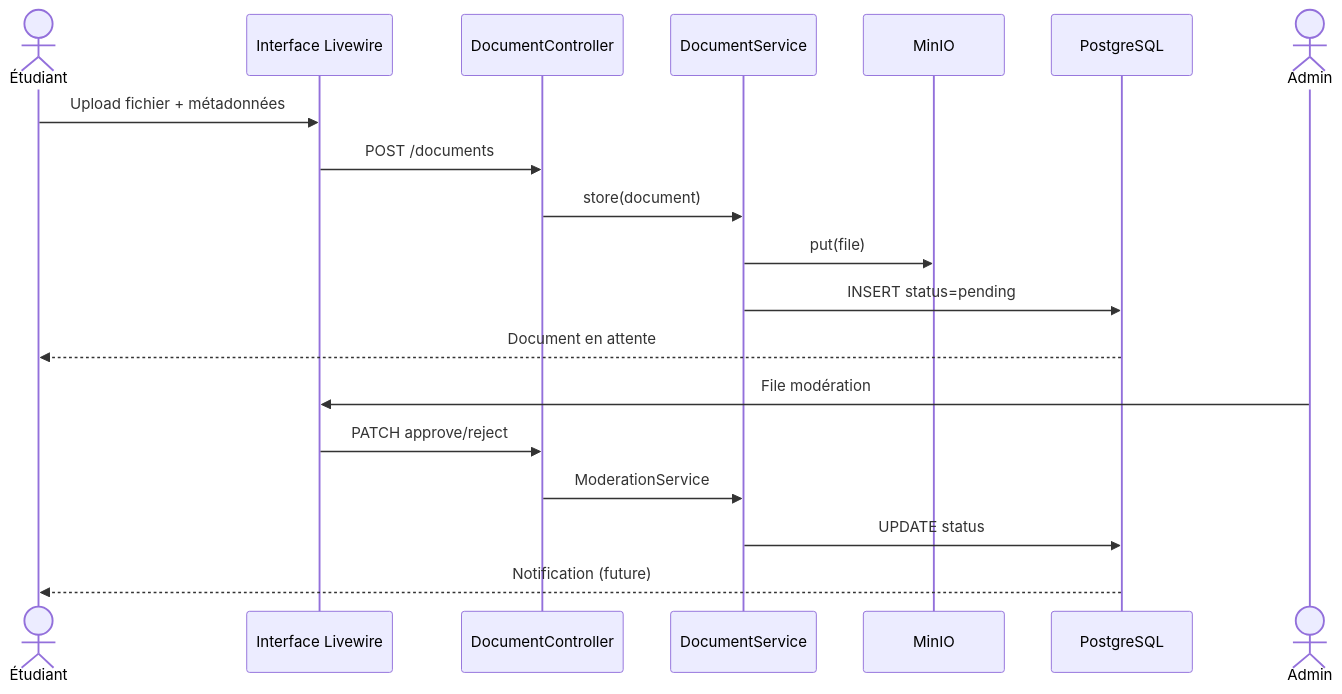
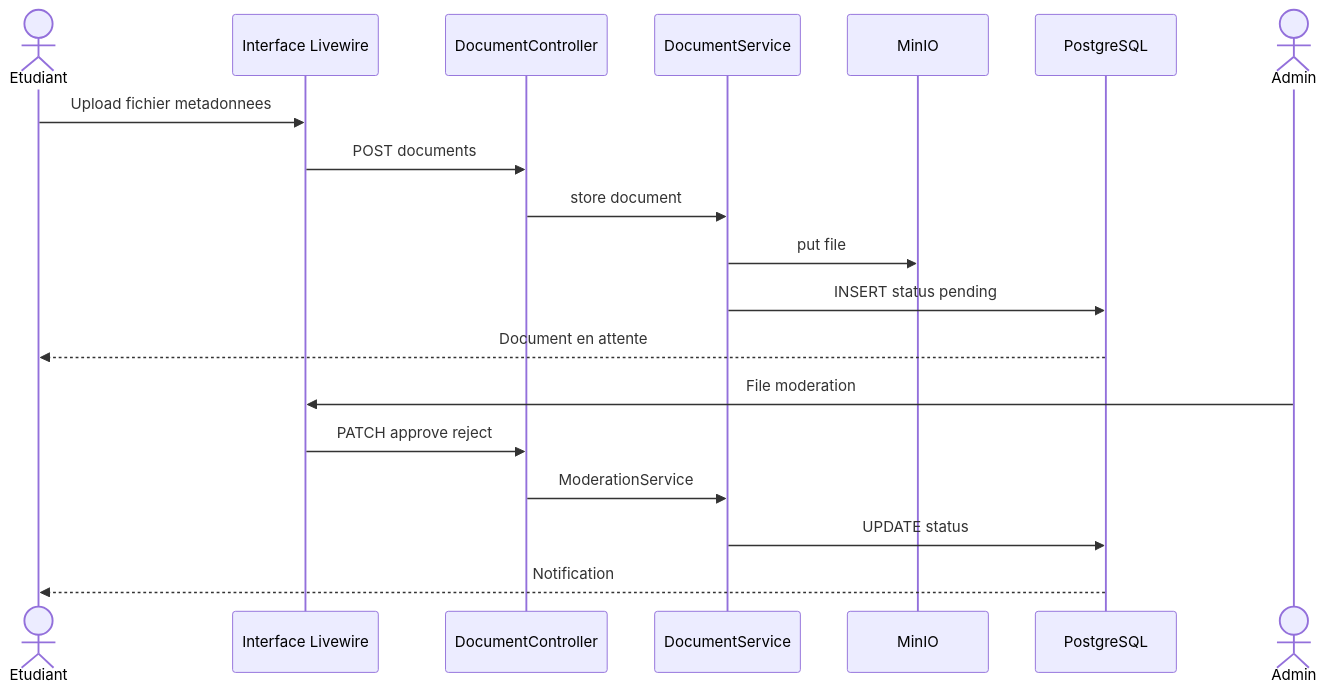
Before and after one commit to Claude20022002/StudyLib: the seventh of 15 diagrams in docs/RAPPORT.md, drawn with Mermaid. The commit also changed other lines of this file, not shown here.

Commit message:
Update RAPPORT.md to enhance compatibility with GitHub by adjusting Mermaid diagram labels, standardizing terminology, and improving clarity in various sections, including functional modules and user flows.

````diff
--- a/docs/RAPPORT.md
+++ b/docs/RAPPORT.md
@@ -528,23 +529,23 @@
 ```mermaid
 sequenceDiagram
-    actor E as Étudiant
+    actor E as Etudiant
     participant UI as Interface Livewire
     participant C as DocumentController
     participant S as DocumentService
     participant M as MinIO
     participant DB as PostgreSQL
     actor A as Admin
 
-    E->>UI: Upload fichier + métadonnées
-    UI->>C: POST /documents
-    C->>S: store(document)
-    S->>M: put(file)
-    S->>DB: INSERT status=pending
+    E->>UI: Upload fichier metadonnees
+    UI->>C: POST documents
+    C->>S: store document
+    S->>M: put file
+    S->>DB: INSERT status pending
     DB-->>E: Document en attente
 
-    A->>UI: File modération
-    UI->>C: PATCH approve/reject
+    A->>UI: File moderation
+    UI->>C: PATCH approve reject
     C->>S: ModerationService
     S->>DB: UPDATE status
-    DB-->>E: Notification (future)
+    DB-->>E: Notification
 ```
````
